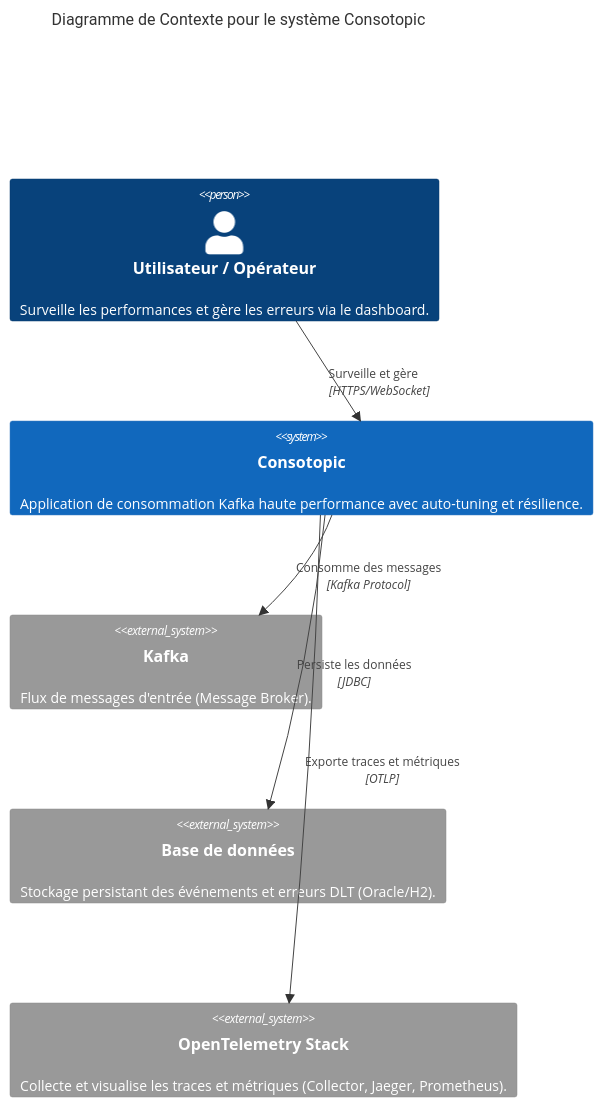
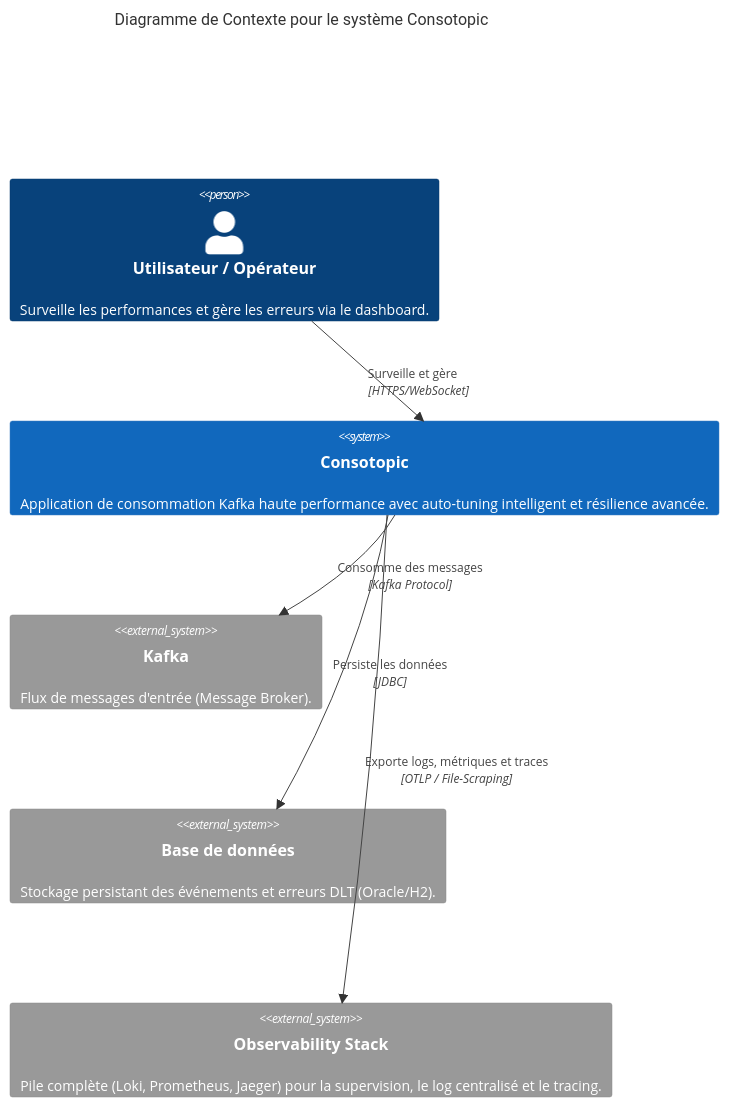
One commit to devdownin/kafkaconsumerautotune changed the first of 3 diagrams in docs/c4-mermaid.md. Above: the diagram before and after it, drawn with Mermaid. The commit also changed other lines of this file and 2 other files, not shown here.

````diff
--- a/docs/c4-mermaid.md
+++ b/docs/c4-mermaid.md
@@ -9,16 +9,16 @@
 ```mermaid
 C4Context
     title Diagramme de Contexte pour le système Consotopic
 
     Person(user, "Utilisateur / Opérateur", "Surveille les performances et gère les erreurs via le dashboard.")
-    System(consotopic, "Consotopic", "Application de consommation Kafka haute performance avec auto-tuning et résilience.")
+    System(consotopic, "Consotopic", "Application de consommation Kafka haute performance avec auto-tuning intelligent et résilience avancée.")
 
     System_Ext(kafka, "Kafka", "Flux de messages d'entrée (Message Broker).")
     System_Ext(database, "Base de données", "Stockage persistant des événements et erreurs DLT (Oracle/H2).")
-    System_Ext(otel, "OpenTelemetry Stack", "Collecte et visualise les traces et métriques (Collector, Jaeger, Prometheus).")
+    System_Ext(otel_stack, "Observability Stack", "Pile complète (Loki, Prometheus, Jaeger) pour la supervision, le log centralisé et le tracing.")
 
     Rel(user, consotopic, "Surveille et gère", "HTTPS/WebSocket")
     Rel(consotopic, kafka, "Consomme des messages", "Kafka Protocol")
     Rel(consotopic, database, "Persiste les données", "JDBC")
-    Rel(consotopic, otel, "Exporte traces et métriques", "OTLP")
+    Rel(consotopic, otel_stack, "Exporte logs, métriques et traces", "OTLP / File-Scraping")
 ```
````
